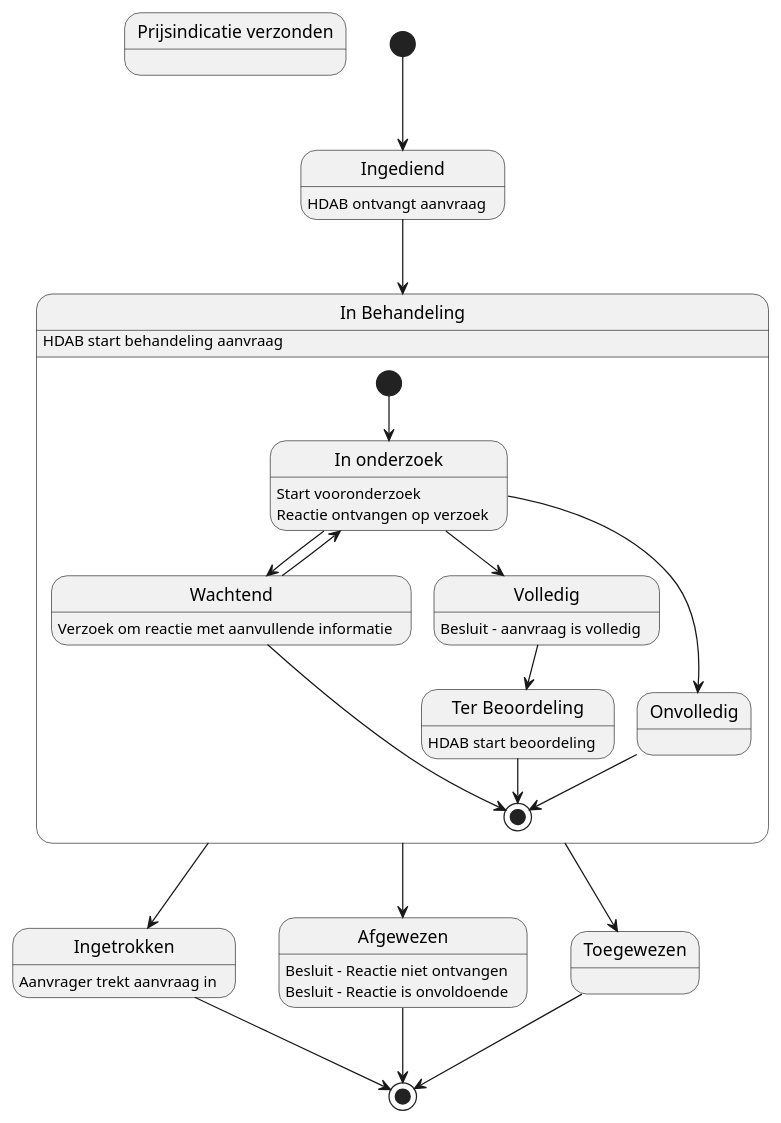
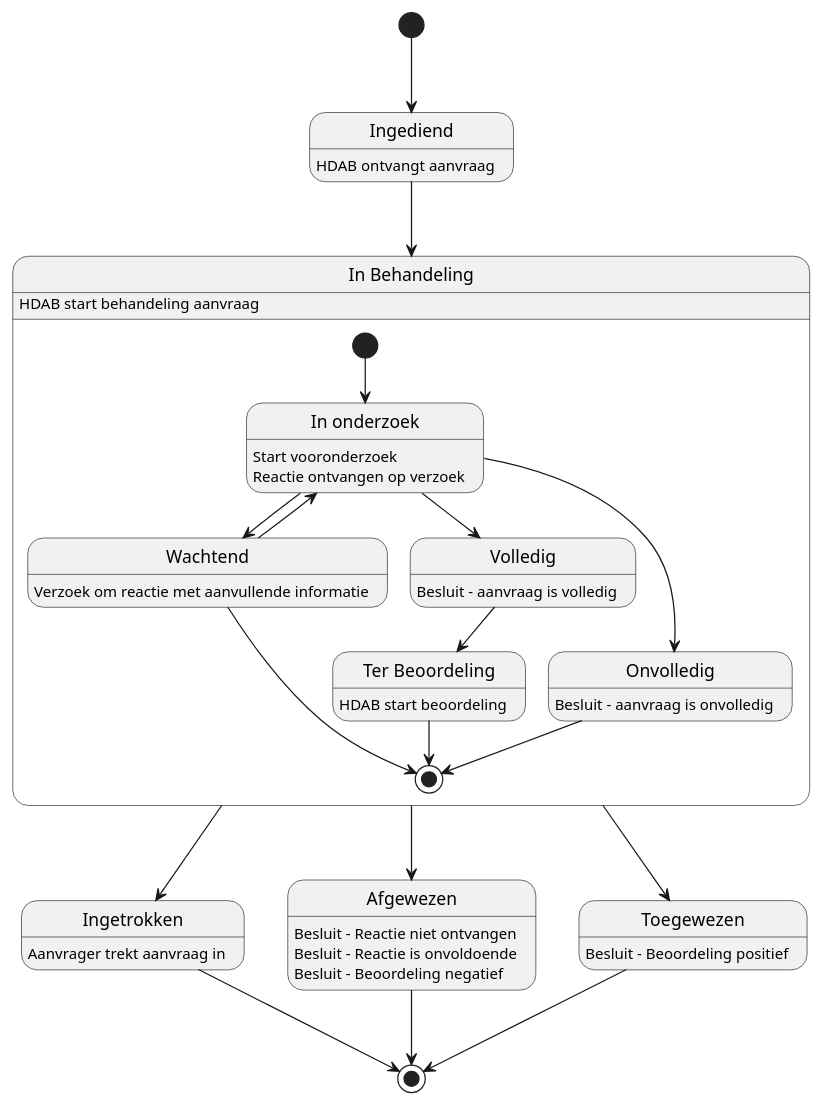
Before and after one commit to Health-RI/data-station-specification: the second of 2 diagrams in docs/architectuur/aanvragen.md, drawn with PlantUML. The commit also changed other lines of this file and 2 other files, not shown here.

````diff
--- a/docs/architectuur/aanvragen.md
+++ b/docs/architectuur/aanvragen.md
@@ -84,45 +83,47 @@
 ```puml
 @startuml
 
-state "Prijsindicatie verzonden" as PrijsVerzonden
 state "In Behandeling" as InBehandeling {
     state "In onderzoek" as InOnderzoek
     state "Ter Beoordeling" as TerBeoordeling
 
     [*] --> InOnderzoek
     InOnderzoek : Start vooronderzoek
     InOnderzoek : Reactie ontvangen op verzoek
     InOnderzoek --> Wachtend
     InOnderzoek --> Volledig
     InOnderzoek --> Onvolledig
     Onvolledig --> [*]
+    Onvolledig : Besluit - aanvraag is onvolledig
 
     Wachtend : Verzoek om reactie met aanvullende informatie
     Wachtend --> InOnderzoek
     Wachtend --> [*]
 
     Volledig : Besluit - aanvraag is volledig
     Volledig --> TerBeoordeling
 
     TerBeoordeling : HDAB start beoordeling
     TerBeoordeling --> [*]
 }
 InBehandeling : HDAB start behandeling aanvraag
 
 [*] --> Ingediend
 Ingediend : HDAB ontvangt aanvraag
 Ingediend --> InBehandeling
 InBehandeling --> Ingetrokken
 InBehandeling --> Afgewezen
 InBehandeling --> Toegewezen
 
 Afgewezen: Besluit - Reactie niet ontvangen
 Afgewezen: Besluit - Reactie is onvoldoende
+Afgewezen: Besluit - Beoordeling negatief
 Afgewezen --> [*]
 
 Ingetrokken : Aanvrager trekt aanvraag in
 Ingetrokken --> [*]
 Toegewezen --> [*]
+Toegewezen: Besluit - Beoordeling positief
 
 @enduml
 ```
````
